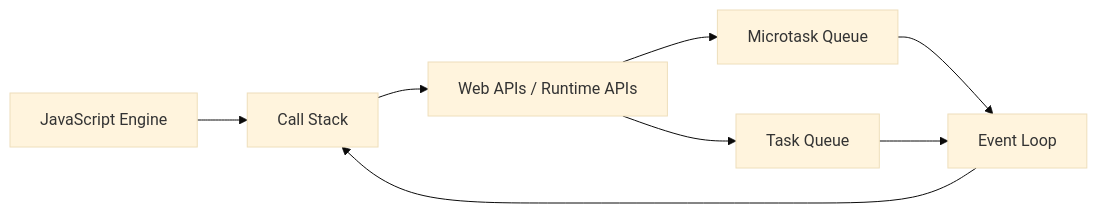
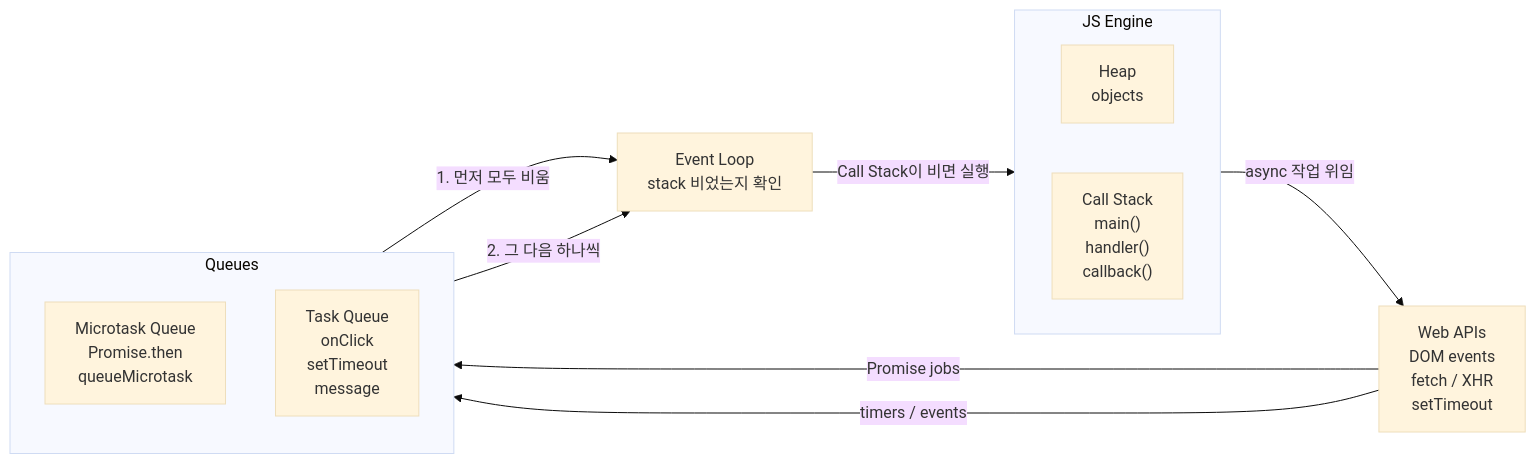
Before and after one commit to Seobway23/Seobway23.github.io: the diagram in posts/study/frontend/javascript/js-event-loop-and-async.md, drawn with Mermaid (base theme). The commit also changed other lines of this file and 47 other files, not shown here.

````diff
--- a/posts/study/frontend/javascript/js-event-loop-and-async.md
+++ b/posts/study/frontend/javascript/js-event-loop-and-async.md
@@ -27,18 +41,26 @@
 ```mermaid
-%% desc: JavaScript 비동기 실행의 큰 그림 — 콜스택이 비면 큐의 작업이 들어온다
+%% desc: JavaScript 이벤트 루프 큰 그림 — 콜스택, Web APIs, 마이크로태스크 큐, 태스크 큐가 순환한다
 flowchart LR
-  JS["JavaScript Engine"]
-  STACK["Call Stack"]
-  WEB["Web APIs / Runtime APIs"]
-  MT["Microtask Queue"]
-  TT["Task Queue"]
-  LOOP["Event Loop"]
+  subgraph JS["JS Engine"]
+    direction LR
+    HEAP["Heap<br/>objects"]
+    STACK["Call Stack<br/>main()<br/>handler()<br/>callback()"]
+  end
 
-  JS --> STACK
-  STACK --> WEB
-  WEB --> MT
-  WEB --> TT
-  MT --> LOOP
-  TT --> LOOP
-  LOOP --> STACK
+  WEB["Web APIs<br/>DOM events<br/>fetch / XHR<br/>setTimeout"]
+
+  subgraph QUEUES["Queues"]
+    direction TB
+    MICRO["Microtask Queue<br/>Promise.then<br/>queueMicrotask"]
+    TASK["Task Queue<br/>onClick<br/>setTimeout<br/>message"]
+  end
+
+  LOOP["Event Loop<br/>stack 비었는지 확인"]
+
+  STACK -- "async 작업 위임" --> WEB
+  WEB -- "Promise jobs" --> MICRO
+  WEB -- "timers / events" --> TASK
+  MICRO -- "1. 먼저 모두 비움" --> LOOP
+  TASK -- "2. 그 다음 하나씩" --> LOOP
+  LOOP -- "Call Stack이 비면 실행" --> STACK
 ```
````
